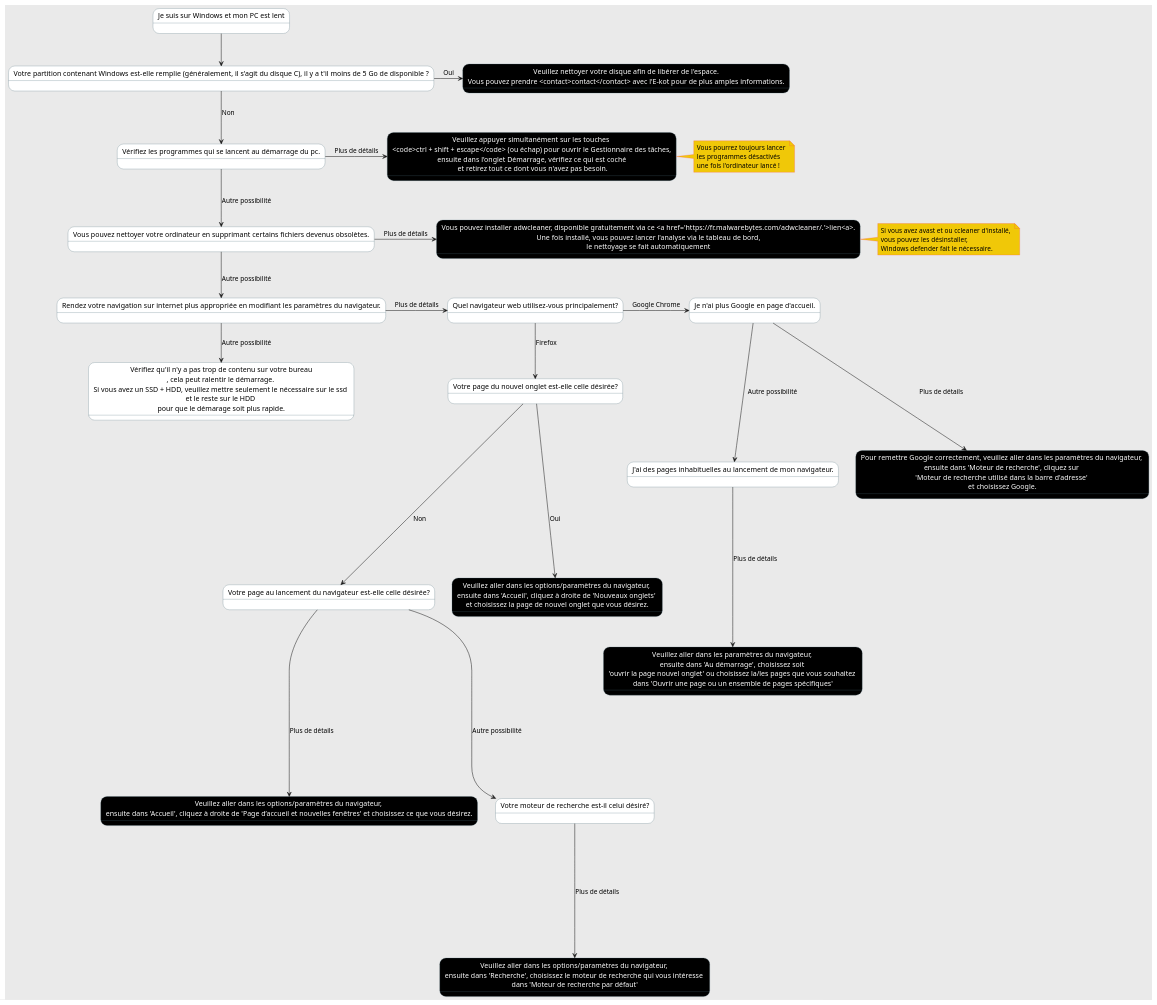
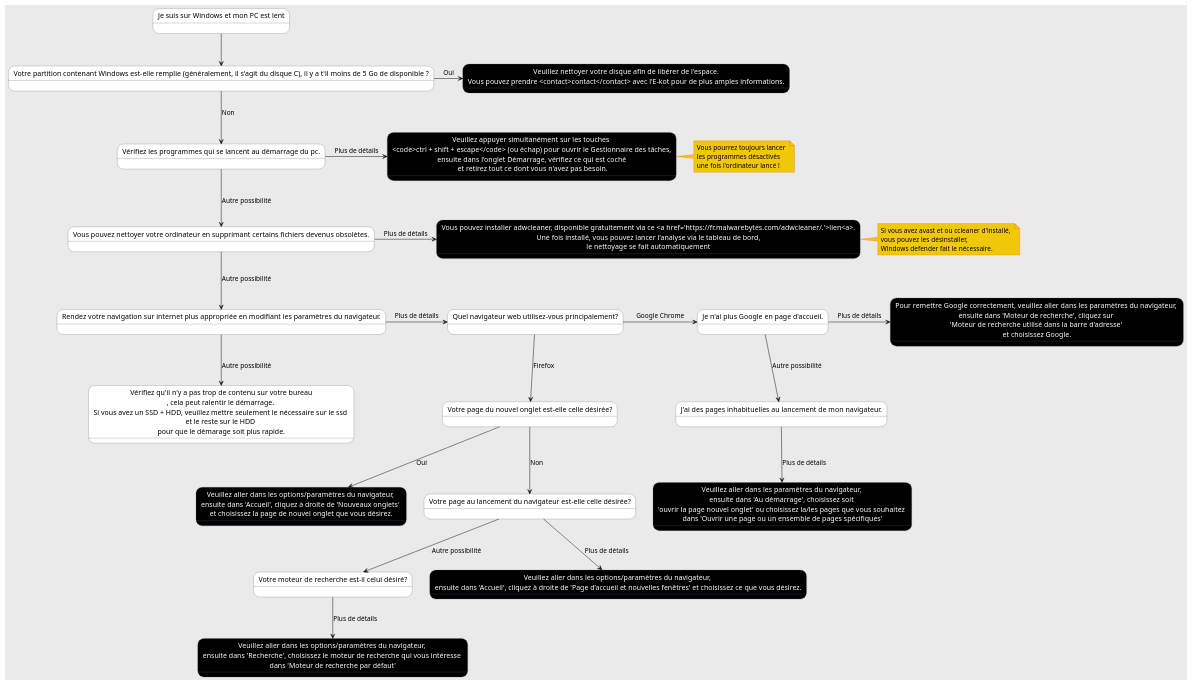
The diagram in client/src/static/diagrams/3/diagram.plantuml (e-kot-unamur/aide), drawn with PlantUML before and after one commit. The commit also changed 1 other file, not shown here.

```diff
--- a/client/src/static/diagrams/3/diagram.plantuml
+++ b/client/src/static/diagrams/3/diagram.plantuml
@@ -1,75 +1,75 @@
 @startuml
 skinparam backgroundColor #EAEAEA
 skinparam note {
     BackgroundColor #F0C808
     BorderColor #FE4A49
 }
 skinparam state {
     BackgroundColor #fff
     BackgroundColor<<Leaf>> #000000
     FontColor<<Leaf>> #FFF
     BorderColor #4F6D7A
 }
 
 state "Je suis sur Windows et mon PC est lent" as root
 
 state "Votre partition contenant Windows est-elle remplie (généralement, il s'agit du disque C), il y a t'il moins de 5 Go de disponible ?" as diskState
 
 state "Vérifiez les programmes qui se lancent au démarrage du pc." as startup 
 
 state "Vous pouvez nettoyer votre ordinateur en supprimant certains fichiers devenus obsolètes." as clean
 
 state "Rendez votre navigation sur internet plus appropriée en modifiant les paramètres du navigateur." as browsing
 
 state "Quel navigateur web utilisez-vous principalement?" as browser
 
 state "Je n'ai plus Google en page d'accueil." as newPageG
 state "J'ai des pages inhabituelles au lancement de mon navigateur." as startBrowserG
 
 state "Votre page du nouvel onglet est-elle celle désirée?" as newPageF
 state "Votre page au lancement du navigateur est-elle celle désirée?" as startBrowserF
 state "Votre moteur de recherche est-il celui désiré?" as searchEngineF
 
 state "Vérifiez qu'il n'y a pas trop de contenu sur votre bureau\n, cela peut ralentir le démarrage. \nSi vous avez un SSD + HDD, veuillez mettre seulement le nécessaire sur le ssd \net le reste sur le HDD \npour que le démarage soit plus rapide." as other
 
 state "Veuillez nettoyer votre disque afin de libérer de l'espace.\nVous pouvez prendre <contact>contact</contact> avec l'E-kot pour de plus amples informations." as diskSol <<Leaf>>
 state "Veuillez appuyer simultanément sur les touches \n<code>ctrl + shift + escape</code> (ou échap) pour ouvrir le Gestionnaire des tâches,\nensuite dans l'onglet Démarrage, vérifiez ce qui est coché\n et retirez tout ce dont vous n'avez pas besoin." as startupSol <<Leaf>>
 state "Vous pouvez installer adwcleaner, disponible gratuitement via ce <a href='https://fr.malwarebytes.com/adwcleaner/.'>lien<a>.\nUne fois installé, vous pouvez lancer l'analyse via le tableau de bord,\nle nettoyage se fait automatiquement" as cleanSol <<Leaf>>
 
 state "Pour remettre Google correctement, veuillez aller dans les paramètres du navigateur, \nensuite dans 'Moteur de recherche', cliquez sur \n'Moteur de recherche utilisé dans la barre d'adresse' \net choisissez Google." as newPageLeafG <<Leaf>>
 state "Veuillez aller dans les paramètres du navigateur, \nensuite dans 'Au démarrage', choisissez soit \n'ouvrir la page nouvel onglet' ou choisissez la/les pages que vous souhaitez \ndans 'Ouvrir une page ou un ensemble de pages spécifiques'" as startBrowserLeafG <<Leaf>>
 
 state "Veuillez aller dans les options/paramètres du navigateur, \nensuite dans 'Accueil', cliquez à droite de 'Nouveaux onglets' \net choisissez la page de nouvel onglet que vous désirez." as newPageLeafF <<Leaf>>
 state "Veuillez aller dans les options/paramètres du navigateur, \nensuite dans 'Accueil', cliquez à droite de 'Page d’accueil et nouvelles fenêtres' et choisissez ce que vous désirez." as startBrowserLeafF <<Leaf>>
 state "Veuillez aller dans les options/paramètres du navigateur, \nensuite dans 'Recherche', choisissez le moteur de recherche qui vous intéresse \ndans 'Moteur de recherche par défaut'" as searchEngineLeafF <<Leaf>>
 
 note right of startupSol : Vous pourrez toujours lancer \nles programmes désactivés \nune fois l'ordinateur lancé !
 note right of cleanSol : Si vous avez avast et ou ccleaner d'installé, \nvous pouvez les désinstaller, \nWindows defender fait le nécessaire.
 
 root --> diskState
 
 diskState -> diskSol: Oui
 diskState --> startup: Non
 
 startup -> startupSol: Plus de détails
 startup --> clean: Autre possibilité
 
 clean -> cleanSol: Plus de détails 
 clean --> browsing: Autre possibilité 
 
 browsing -> browser: Plus de détails
 browsing --> other: Autre possibilité
 
 browser -> newPageG: Google Chrome
-newPageG ---> newPageLeafG: Plus de détails
-newPageG ---> startBrowserG: Autre possibilité
-startBrowserG ----> startBrowserLeafG: Plus de détails
+newPageG -> newPageLeafG: Plus de détails
+newPageG --> startBrowserG: Autre possibilité
+startBrowserG --> startBrowserLeafG: Plus de détails
 
 browser --> newPageF : Firefox
-newPageF ----> newPageLeafF: Oui
-newPageF ----> startBrowserF: Non
-startBrowserF -----> startBrowserLeafF: Plus de détails
-startBrowserF -----> searchEngineF: Autre possibilité
-searchEngineF -----> searchEngineLeafF: Plus de détails
+newPageF --> newPageLeafF: Oui
+newPageF --> startBrowserF: Non
+startBrowserF --> startBrowserLeafF: Plus de détails
+startBrowserF --> searchEngineF: Autre possibilité
+searchEngineF --> searchEngineLeafF: Plus de détails
 
 @enduml
```
